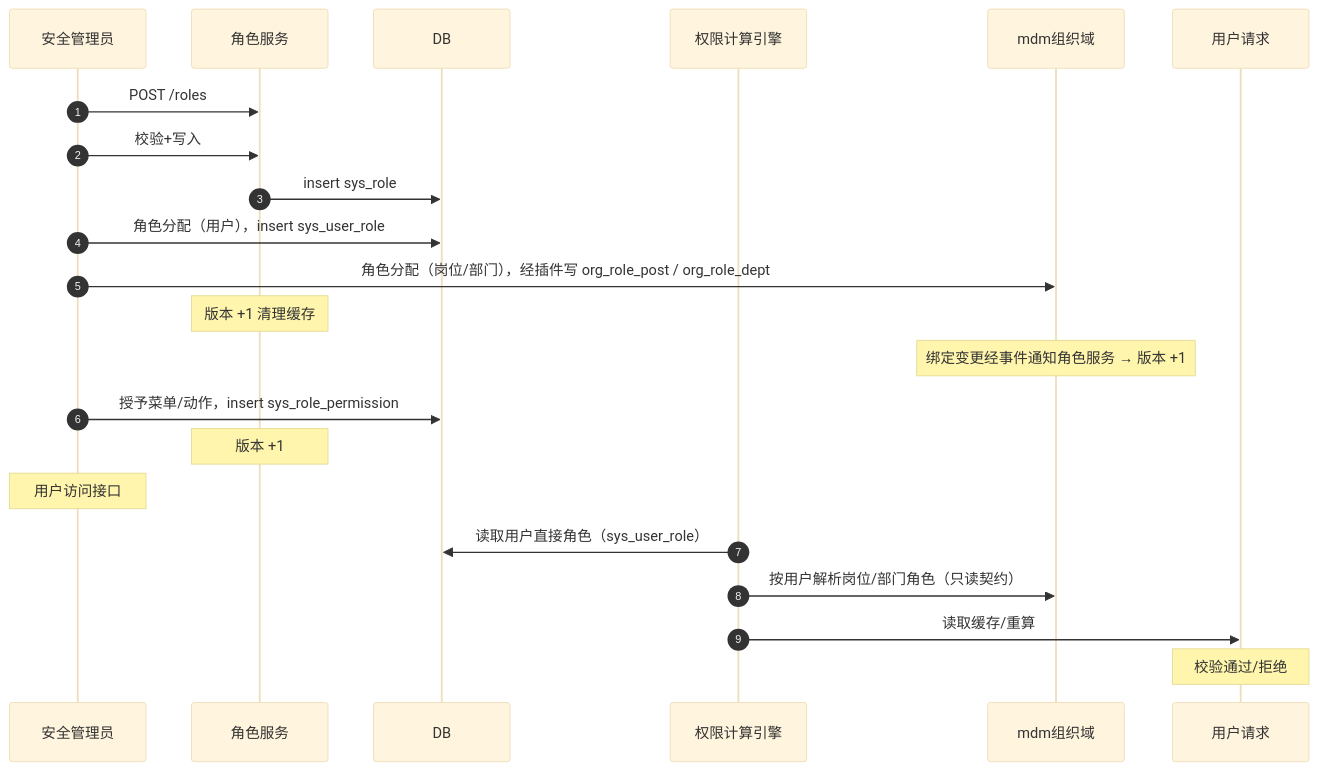
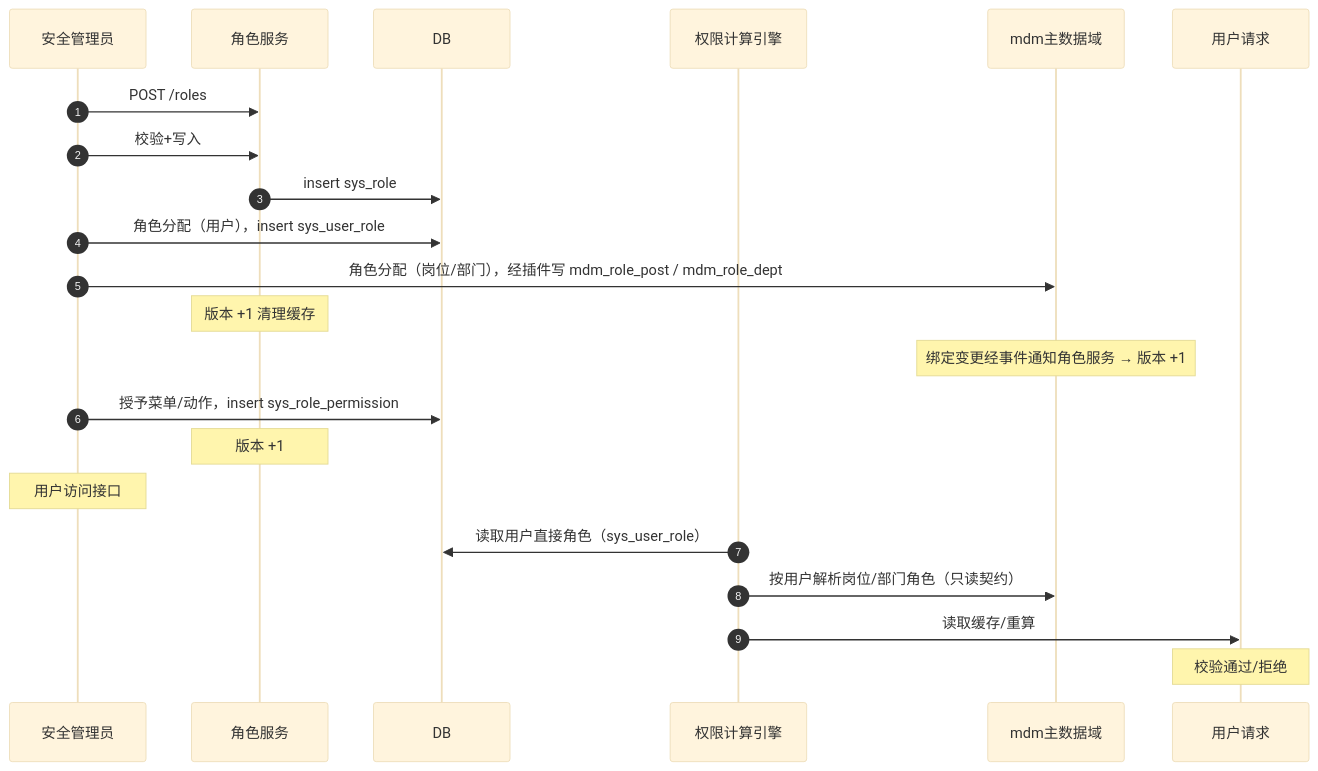
The diagram in bms文档/设计/概要设计/06_概要设计_角色管理.md (minjian123/basic-management-system), drawn with Mermaid (base theme) before and after one commit. The commit also changed other lines of this file and 501 other files, not shown here.

````diff
--- a/bms文档/设计/概要设计/06_概要设计_角色管理.md
+++ b/bms文档/设计/概要设计/06_概要设计_角色管理.md
@@ -58,25 +58,25 @@
 ```mermaid
 sequenceDiagram
     autonumber
     participant 安全管理员
     participant 角色服务
     participant DB
     participant 权限计算引擎
-    participant mdm组织域
+    participant mdm主数据域
     participant 用户请求
 
     安全管理员->>角色服务: POST /roles
     安全管理员->>角色服务: 校验+写入
     角色服务->>DB: insert sys_role
     安全管理员->>DB: 角色分配（用户），insert sys_user_role
-    安全管理员->>mdm组织域: 角色分配（岗位/部门），经插件写 org_role_post / org_role_dept
+    安全管理员->>mdm主数据域: 角色分配（岗位/部门），经插件写 mdm_role_post / mdm_role_dept
     Note over 角色服务: 版本 +1 清理缓存
-    Note over mdm组织域: 绑定变更经事件通知角色服务 → 版本 +1
+    Note over mdm主数据域: 绑定变更经事件通知角色服务 → 版本 +1
     安全管理员->>DB: 授予菜单/动作，insert sys_role_permission
     Note over 角色服务: 版本 +1
     Note over 安全管理员: 用户访问接口
     权限计算引擎->>DB: 读取用户直接角色（sys_user_role）
-    权限计算引擎->>mdm组织域: 按用户解析岗位/部门角色（只读契约）
+    权限计算引擎->>mdm主数据域: 按用户解析岗位/部门角色（只读契约）
     权限计算引擎->>用户请求: 读取缓存/重算
     Note over 用户请求: 校验通过/拒绝
 ```
````
